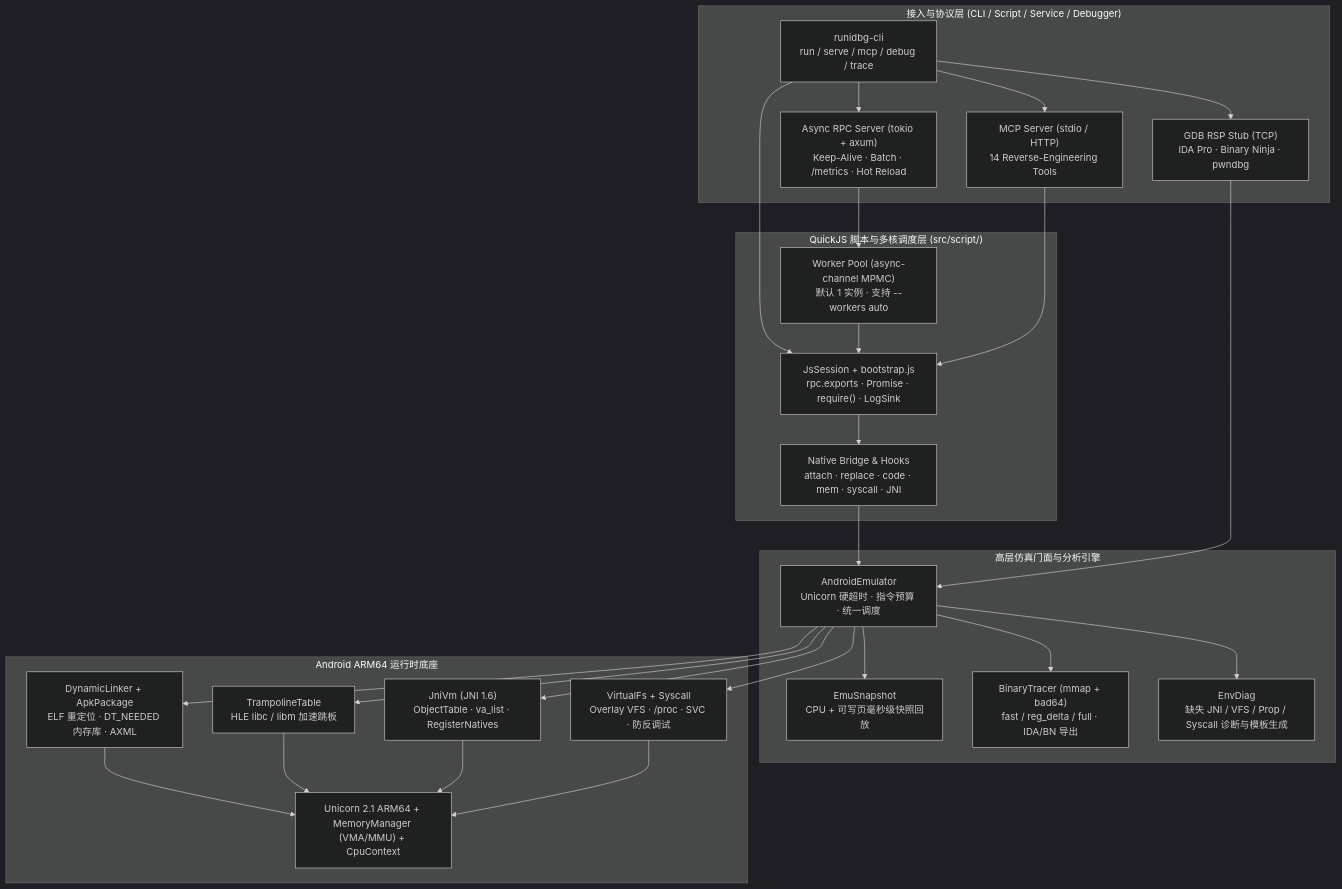
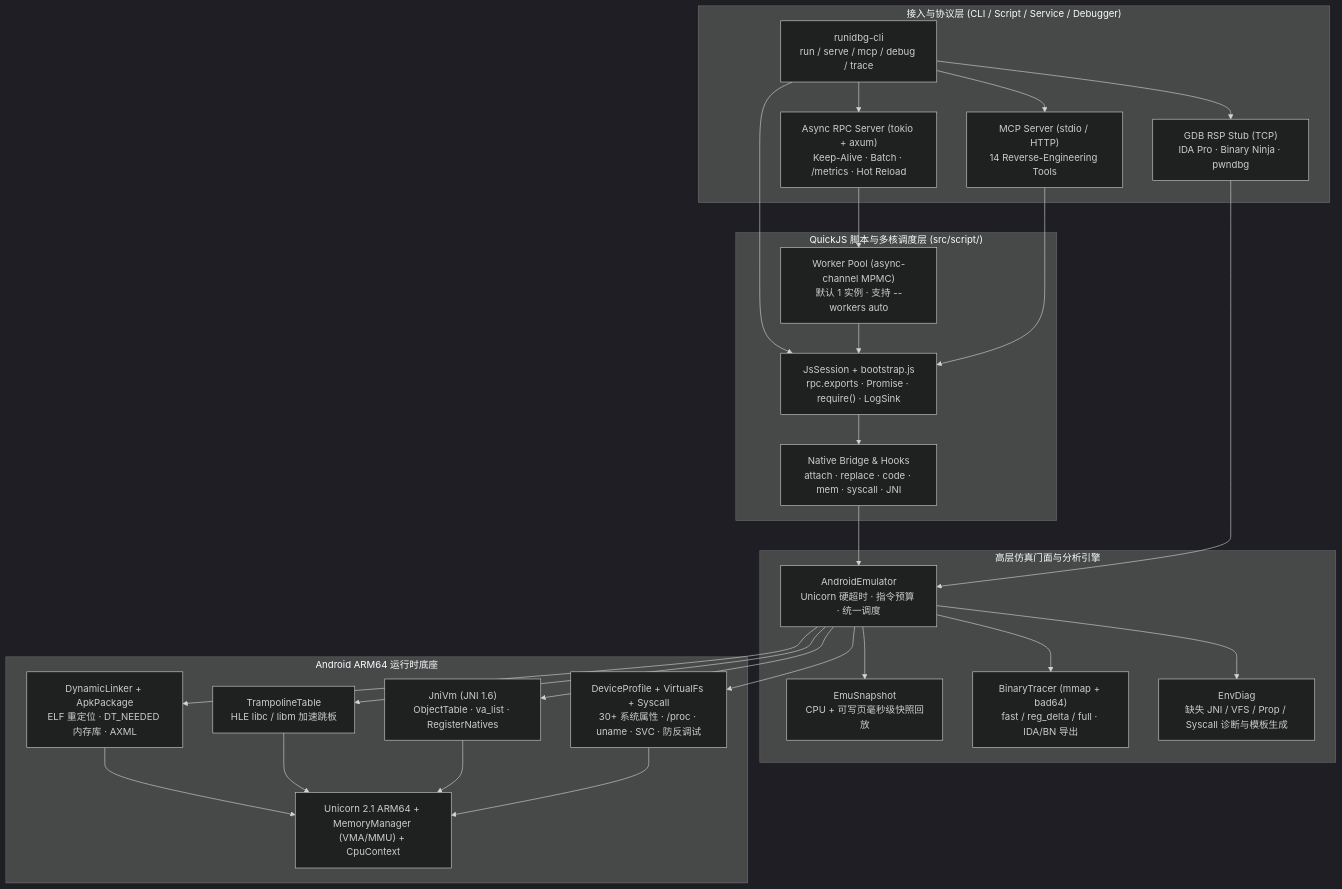
The third of 3 diagrams in README.md (Elliot0215/runidbg), drawn with Mermaid (dark theme) before and after one commit. The commit also changed other lines of this file, not shown here.

Commit message:
docs: revamp README with KPI banner, Mermaid charts, and full honest comparison vs Java unidbg

````diff
--- a/README.md
+++ b/README.md
@@ -18,52 +107,52 @@
 ```mermaid
 flowchart TB
     subgraph Entry["接入与协议层 (CLI / Script / Service / Debugger)"]
         CLI["runidbg-cli\nrun / serve / mcp / debug / trace"]
         RPC["Async RPC Server (tokio + axum)\nKeep-Alive · Batch · /metrics · Hot Reload"]
         MCP["MCP Server (stdio / HTTP)\n14 Reverse-Engineering Tools"]
         GDB["GDB RSP Stub (TCP)\nIDA Pro · Binary Ninja · pwndbg"]
     end
 
     subgraph ScriptLayer["QuickJS 脚本与多核调度层 (src/script/)"]
         Pool["Worker Pool (async-channel MPMC)\n默认 1 实例 · 支持 --workers auto"]
         Session["JsSession + bootstrap.js\nrpc.exports · Promise · require() · LogSink"]
         Bridge["Native Bridge & Hooks\nattach · replace · code · mem · syscall · JNI"]
     end
 
     subgraph Facade["高层仿真门面与分析引擎"]
         Emu["AndroidEmulator\nUnicorn 硬超时 · 指令预算 · 统一调度"]
         Snap["EmuSnapshot\nCPU + 可写页毫秒级快照回放"]
         Tracer["BinaryTracer (mmap + bad64)\nfast / reg_delta / full · IDA/BN 导出"]
         Diag["EnvDiag\n缺失 JNI / VFS / Prop / Syscall 诊断与模板生成"]
     end
 
     subgraph Runtime["Android ARM64 运行时底座"]
         Loader["DynamicLinker + ApkPackage\nELF 重定位 · DT_NEEDED 内存库 · AXML"]
         HLE["TrampolineTable\nHLE libc / libm 加速跳板"]
         JNI["JniVm (JNI 1.6)\nObjectTable · va_list · RegisterNatives"]
-        OS["VirtualFs + Syscall\nOverlay VFS · /proc · SVC · 防反调试"]
+        OS["DeviceProfile + VirtualFs + Syscall\n30+ 系统属性 · /proc · uname · SVC · 防反调试"]
         Core["Unicorn 2.1 ARM64 + MemoryManager (VMA/MMU) + CpuContext"]
     end
 
     CLI --> RPC
     CLI --> MCP
     CLI --> GDB
     CLI --> Session
 
     RPC --> Pool --> Session
     MCP --> Session
     Session --> Bridge --> Emu
     GDB --> Emu
 
     Emu --> Snap
     Emu --> Tracer
     Emu --> Diag
     Emu --> Loader
     Emu --> HLE
     Emu --> JNI
     Emu --> OS
     Loader --> Core
     HLE --> Core
     JNI --> Core
     OS --> Core
 ```
````
